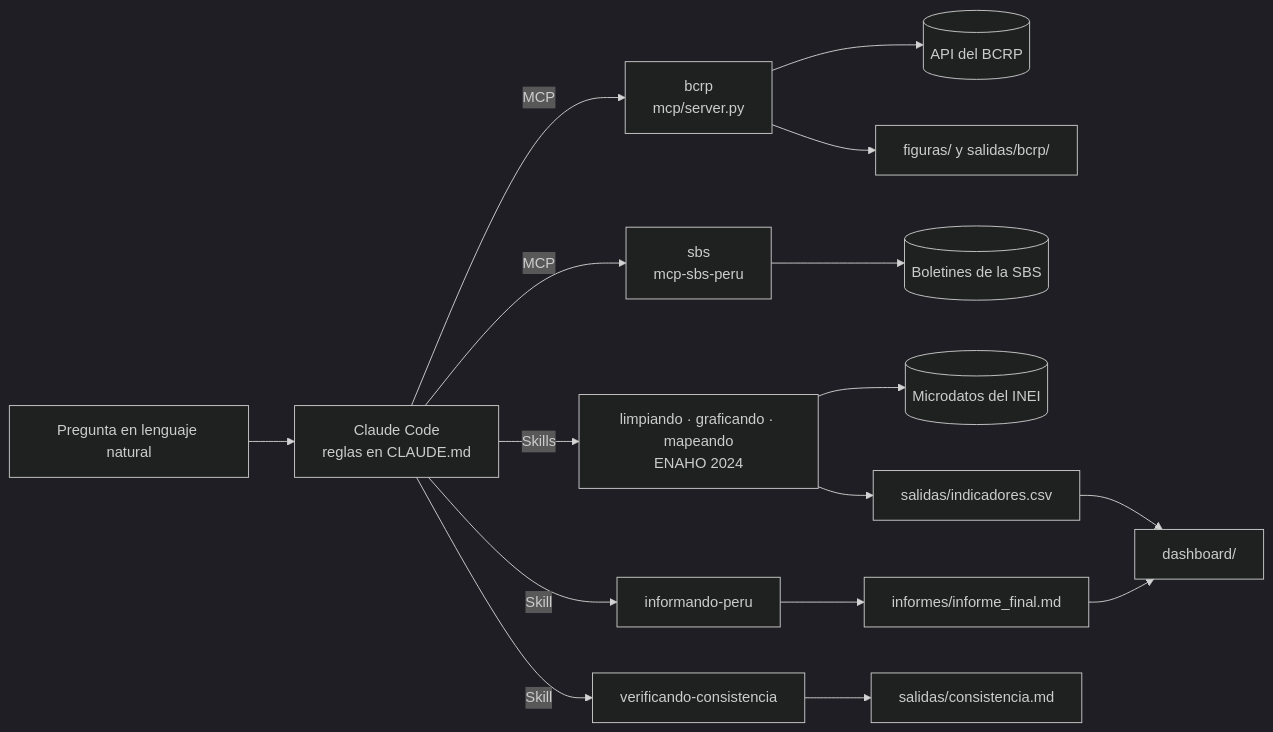
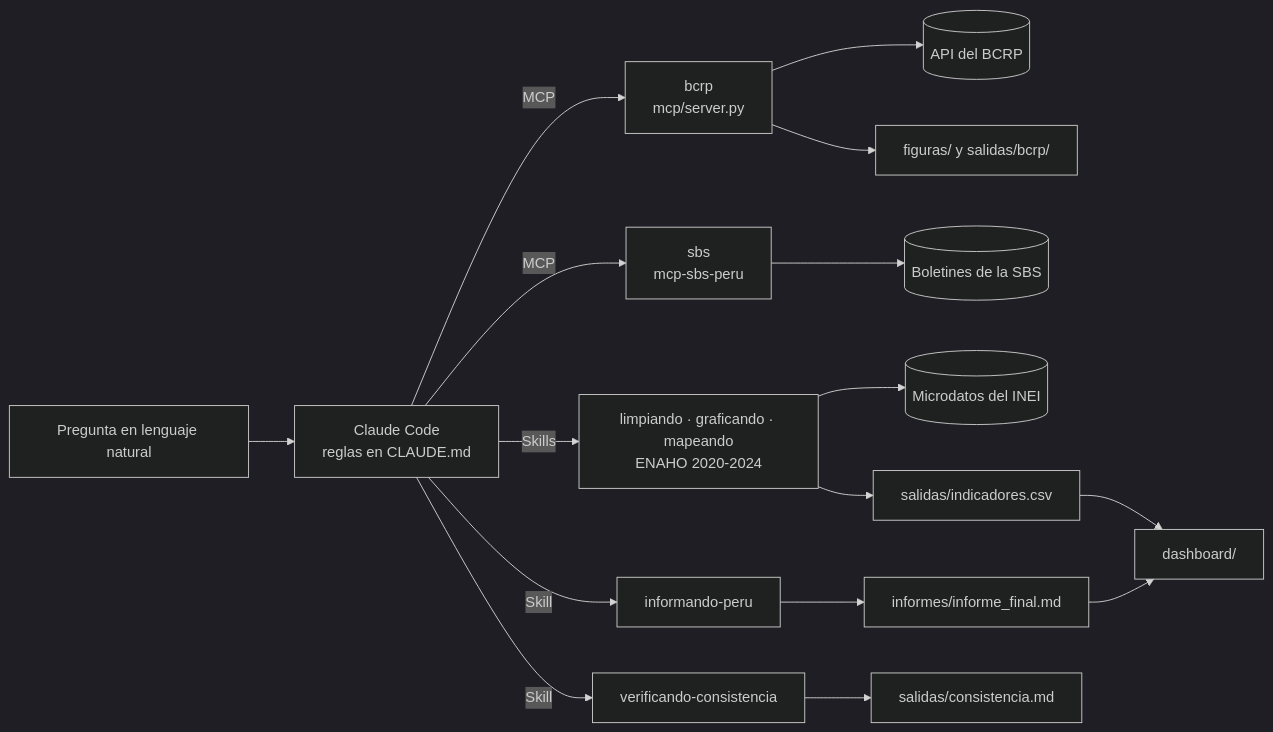
Before and after one commit to rodnm/agente-socioeconomico-peru: the diagram in README.md, drawn with Mermaid (dark theme). The commit also changed other lines of this file and 25 other files, not shown here.

````diff
--- a/README.md
+++ b/README.md
@@ -28,18 +28,18 @@
 ```mermaid
 flowchart LR
     U[Pregunta en lenguaje natural] --> A[Claude Code<br/>reglas en CLAUDE.md]
     A -->|MCP| B[bcrp<br/>mcp/server.py]
     A -->|MCP| S[sbs<br/>mcp-sbs-peru]
-    A -->|Skills| E[limpiando · graficando · mapeando<br/>ENAHO 2024]
+    A -->|Skills| E[limpiando · graficando · mapeando<br/>ENAHO 2020-2024]
     B --> API[(API del BCRP)]
     S --> SBS[(Boletines de la SBS)]
     E --> INEI[(Microdatos del INEI)]
     E --> IND[salidas/indicadores.csv]
     B --> FIG[figuras/ y salidas/bcrp/]
     A -->|Skill| I[informando-peru]
     I --> R[informes/informe_final.md]
     A -->|Skill| V[verificando-consistencia]
     V --> C[salidas/consistencia.md]
     IND --> D[dashboard/]
     R --> D
 ```
````
